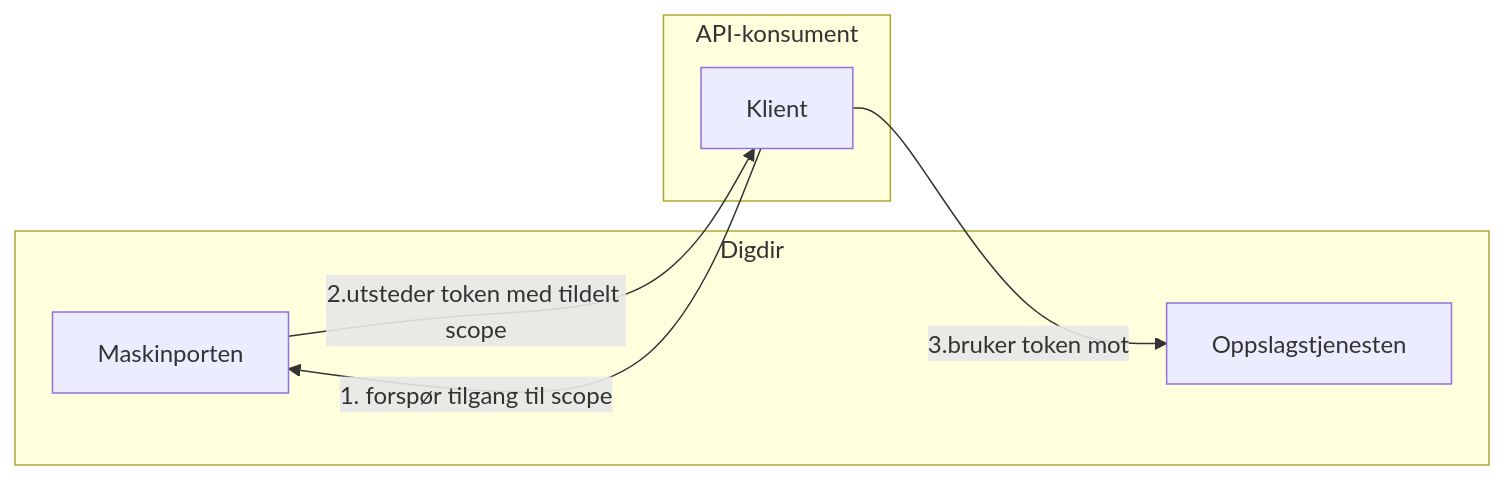
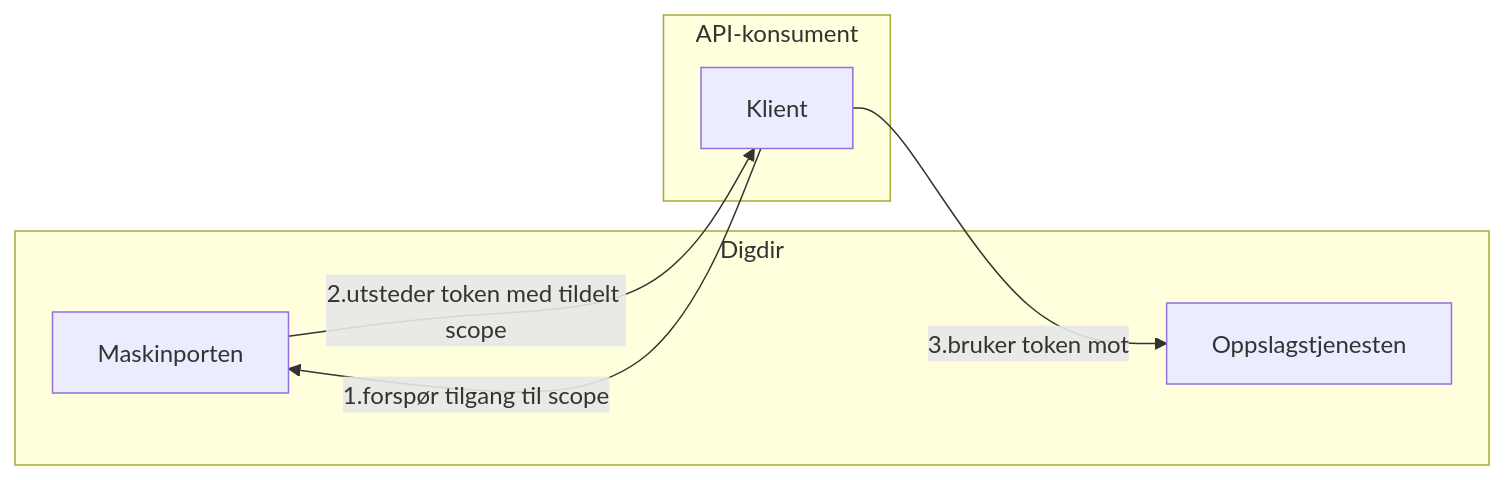
Before and after one commit to felleslosninger/docs: the first of 4 diagrams in _docs/Kontaktregisteret/krr_arkitektur.md, drawn with Mermaid.

```diff
--- a/_docs/Kontaktregisteret/krr_arkitektur.md
+++ b/_docs/Kontaktregisteret/krr_arkitektur.md
@@ -15,15 +15,15 @@
 <div class="mermaid">
 graph LR
   subgraph Digdir
     Oppslagstjenesten[Oppslagstjenesten]
   end
   subgraph Digdir
     Maskinporten[Maskinporten]
   end
   subgraph API-konsument
      ny[Klient]
   end
   Maskinporten -->|2.utsteder token med tildelt scope|ny
-  ny -->|1. forspør tilgang til scope|Maskinporten
+  ny -->|1.forspør tilgang til scope|Maskinporten
   ny -->|3.bruker token mot|Oppslagstjenesten
 </div>
```
